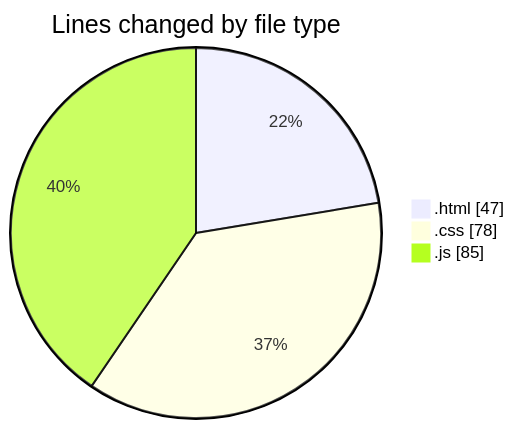
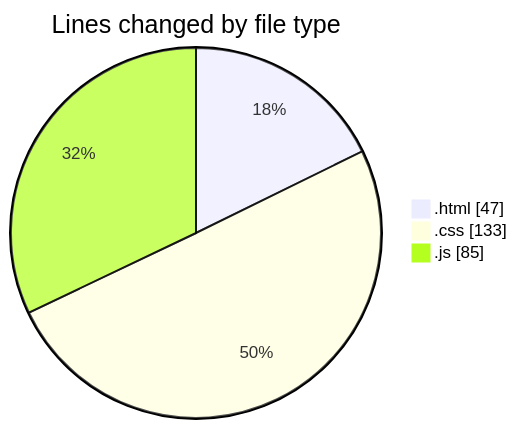
The first of 2 diagrams in 2025-05-31/projects/README.md (Ritupan-Deka/code-tracking), drawn with Mermaid before and after one commit. The commit also changed other lines of this file and 1 other file, not shown here.

````diff
--- a/2025-05-31/projects/README.md
+++ b/2025-05-31/projects/README.md
@@ -22,7 +22,7 @@
 ```mermaid
 pie showData
 title Lines changed by file type
 ".html" : 47
-".css" : 78
+".css" : 133
 ".js" : 85
 ```
````
